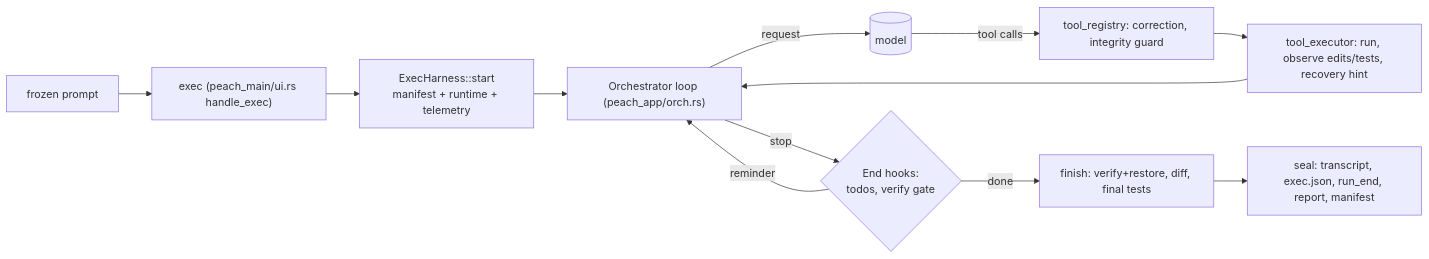
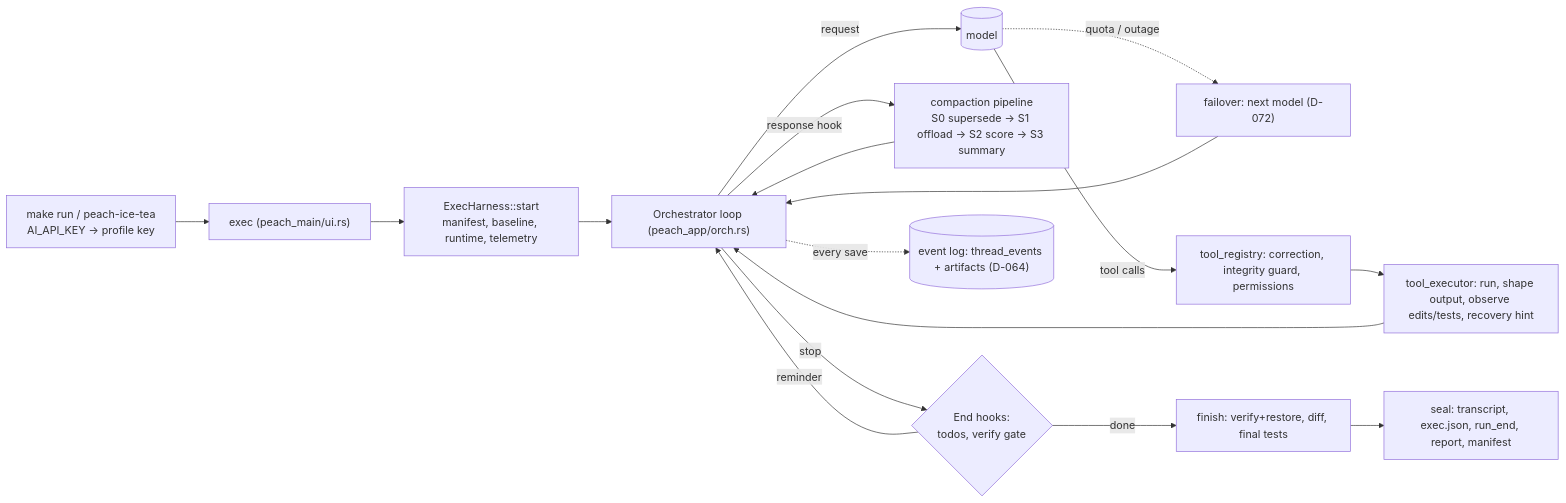
The diagram in documentation/ARCHITECTURE.md (Ankush-Jha/peach-ice-tea), drawn with Mermaid before and after one commit. The commit also changed other lines of this file and 13 other files, not shown here.

First line of the commit message:
ARCHITECTURE: every §25 answer cites a real run's telemetry, committed as evidence (D-080)

````diff
--- a/documentation/ARCHITECTURE.md
+++ b/documentation/ARCHITECTURE.md
@@ -13,14 +14,19 @@
 ```mermaid
 flowchart LR
-  P[frozen prompt] --> E["exec (peach_main/ui.rs handle_exec)"]
-  E --> H["ExecHarness::start<br/>manifest + runtime + telemetry"]
+  P["make run / peach-ice-tea<br/>AI_API_KEY → profile key"] --> E["exec (peach_main/ui.rs)"]
+  E --> H["ExecHarness::start<br/>manifest, baseline, runtime, telemetry"]
   H --> L["Orchestrator loop (peach_app/orch.rs)"]
   L -->|request| M[(model)]
-  M -->|tool calls| R["tool_registry: correction, integrity guard"]
-  R --> X["tool_executor: run, observe edits/tests, recovery hint"]
+  M -.->|quota / outage| F2["failover: next model (D-072)"]
+  F2 --> L
+  M -->|tool calls| R["tool_registry: correction, integrity guard, permissions"]
+  R --> X["tool_executor: run, shape output, observe edits/tests, recovery hint"]
   X --> L
+  L -->|response hook| C["compaction pipeline<br/>S0 supersede → S1 offload → S2 score → S3 summary"]
+  C --> L
   L -->|stop| G{"End hooks:<br/>todos, verify gate"}
   G -->|reminder| L
   G -->|done| F["finish: verify+restore, diff, final tests"]
   F --> S["seal: transcript, exec.json, run_end, report, manifest"]
+  L -. every save .-> EV[("event log: thread_events + artifacts (D-064)")]
 ```
````
